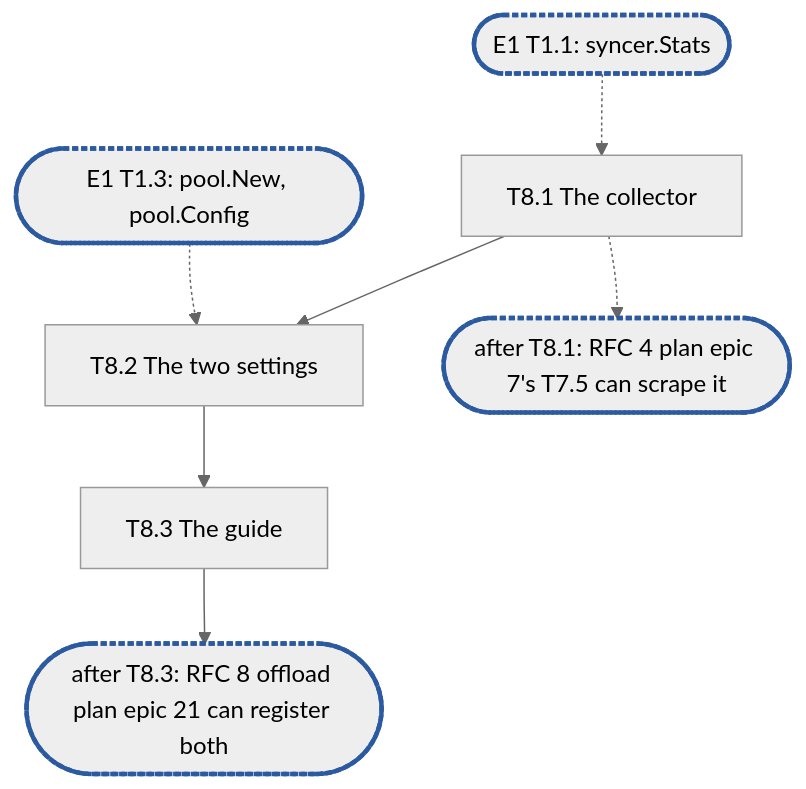
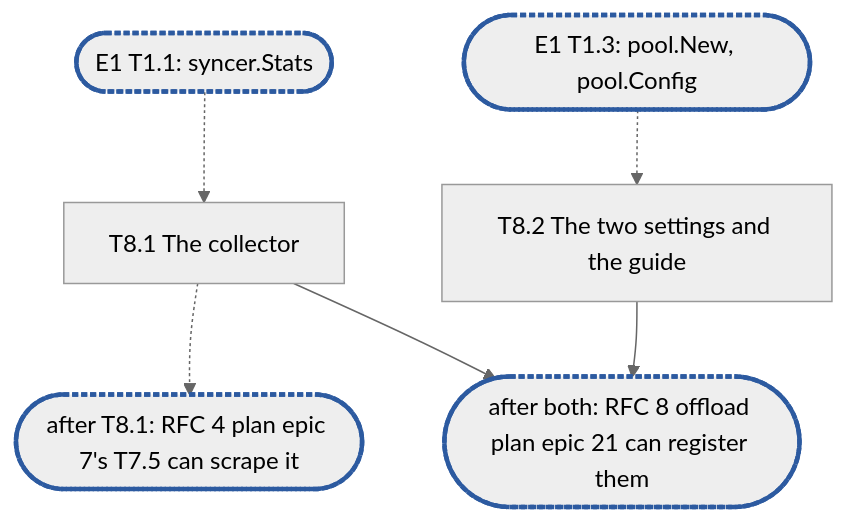
Before and after one commit to cubbit/dittofs: the diagram in .planning/rfc-3-syncer-epic8.md, drawn with Mermaid (neutral theme). The commit also changed other lines of this file and 1 other file, not shown here.

Commit message:
docs(planning): fold the review passes into RFC 3 epic 8

````diff
--- a/.planning/rfc-3-syncer-epic8.md
+++ b/.planning/rfc-3-syncer-epic8.md
@@ -370,10 +358,8 @@
 ```mermaid
 flowchart TD
-  X1(["E1 T1.1: syncer.Stats"]):::sync -.-> T8_1
-  X3(["E1 T1.3: pool.New, pool.Config"]):::sync -.-> T8_2
-  T8_1["T8.1 The collector"] --> T8_2["T8.2 The two settings"]
-  T8_2 --> T8_3["T8.3 The guide"]
+  X1(["E1 T1.1: syncer.Stats"]):::sync -.-> T8_1["T8.1 The collector"]
+  X3(["E1 T1.3: pool.New, pool.Config"]):::sync -.-> T8_2["T8.2 The two settings and the guide"]
   T8_1 -.-> C1(["after T8.1: RFC 4 plan epic 7's T7.5 can scrape it"]):::sync
-  T8_3 --> C2(["after T8.3: RFC 8 offload plan epic 21 can register both"]):::sync
+  T8_1 & T8_2 --> C2(["after both: RFC 8 offload plan epic 21 can register them"]):::sync
   classDef sync stroke:#2c5aa0,stroke-width:3px,stroke-dasharray:4 2
 ```
````
